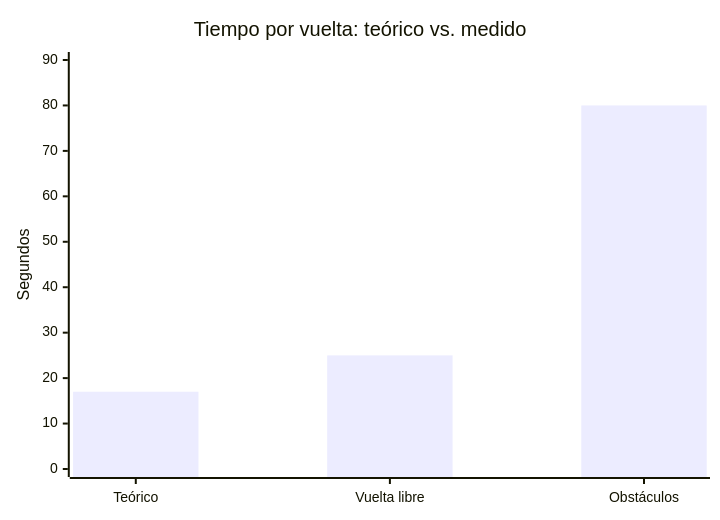
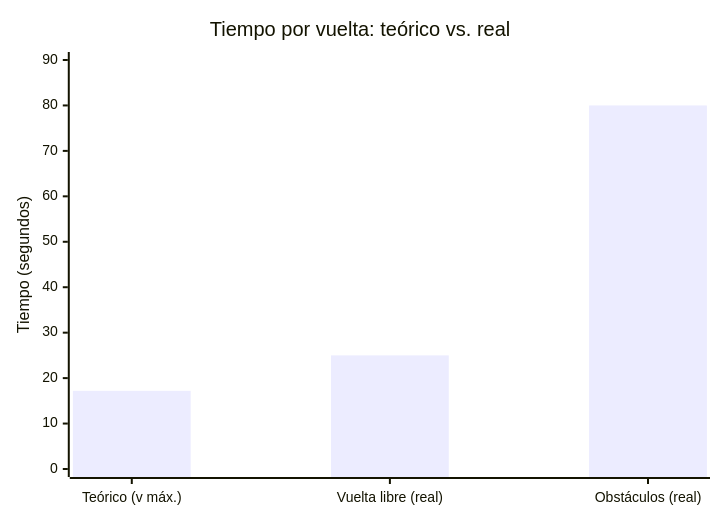
The fifth of 7 diagrams in README.md (erchivox/Prometheus-Team-2026), drawn with Mermaid before and after one commit. The commit also changed other lines of this file, not shown here.

````diff
--- a/README.md
+++ b/README.md
@@ -514,7 +898,7 @@
 ```mermaid
 xychart-beta
-    title "Tiempo por vuelta: teórico vs. medido"
-    x-axis ["Teórico", "Vuelta libre", "Obstáculos"]
-    y-axis "Segundos" 0 --> 90
-    bar [17, 25, 80]
+    title "Tiempo por vuelta: teórico vs. real"
+    x-axis ["Teórico (v máx.)", "Vuelta libre (real)", "Obstáculos (real)"]
+    y-axis "Tiempo (segundos)" 0 --> 90
+    bar [17.2, 25, 80]
 ```
````
